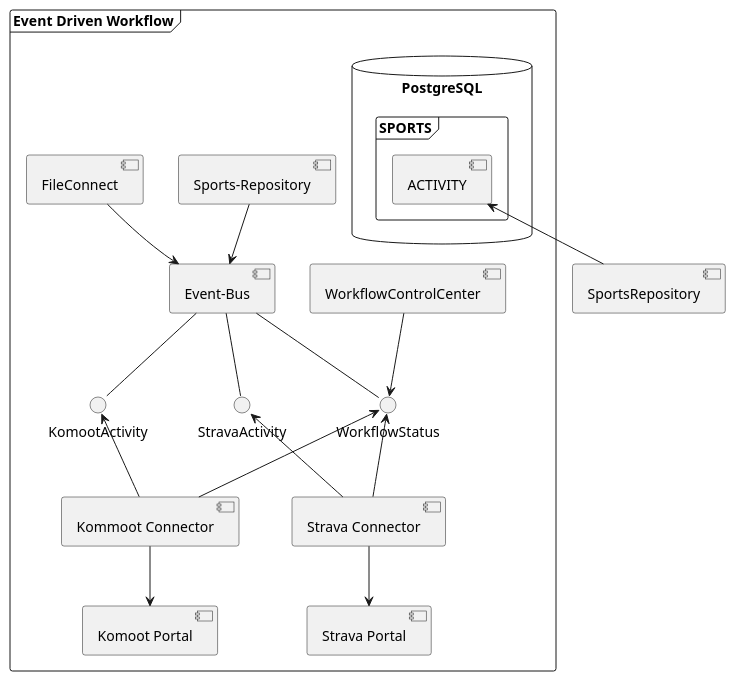
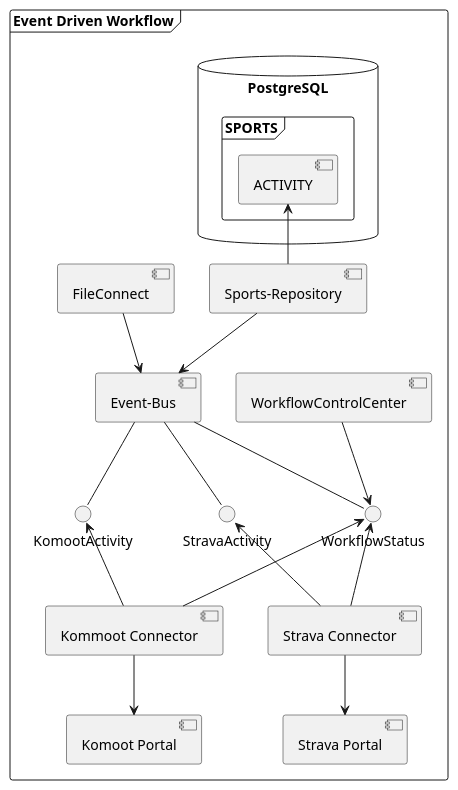
Before and after one commit to CC21-EDW/documentation: the diagram in arc42/05-Building Block View/whitebox-overall-system.puml, drawn with PlantUML. The commit also changed 1 other file, not shown here.

Commit message:
#2: fixed diagram

```diff
--- a/arc42/05-Building Block View/whitebox-overall-system.puml
+++ b/arc42/05-Building Block View/whitebox-overall-system.puml
@@ -1,43 +1,43 @@
 @startuml
 'https://plantuml.com/component-diagram
 
 frame "Event Driven Workflow" {
   [Strava Portal] as [Strava]
   [Komoot Portal] as [Komoot]
 
   [Strava Connector] as [StravaConnect]
   [Kommoot Connector] as [KommootConnect]
 
   [Event-Bus] as [Kafka]
 
   [Sports-Repository] as [SportsRepo]
 
   [WorkflowControlCenter] as [WF-CC]
 
   [Kafka] -- WorkflowStatus
   [Kafka] -- KomootActivity
   [Kafka] -- StravaActivity
   [FileConnect]
 
   database "PostgreSQL" {
     frame "SPORTS" {
       [ACTIVITY]
     }
   }
 }
 
 [FileConnect] --> [Kafka]
 [SportsRepo] --> [Kafka]
 [WF-CC] --> WorkflowStatus
 
 [StravaConnect] --> [Strava]
 StravaActivity <-- [StravaConnect]
 WorkflowStatus <-- [StravaConnect]
 
 [KommootConnect] --> [Komoot]
 KomootActivity <-- [KommootConnect]
 WorkflowStatus <-- [KommootConnect]
 
-[ACTIVITY] <-- [SportsRepository]
+[ACTIVITY] <-- [SportsRepo]
 
 @enduml
```
